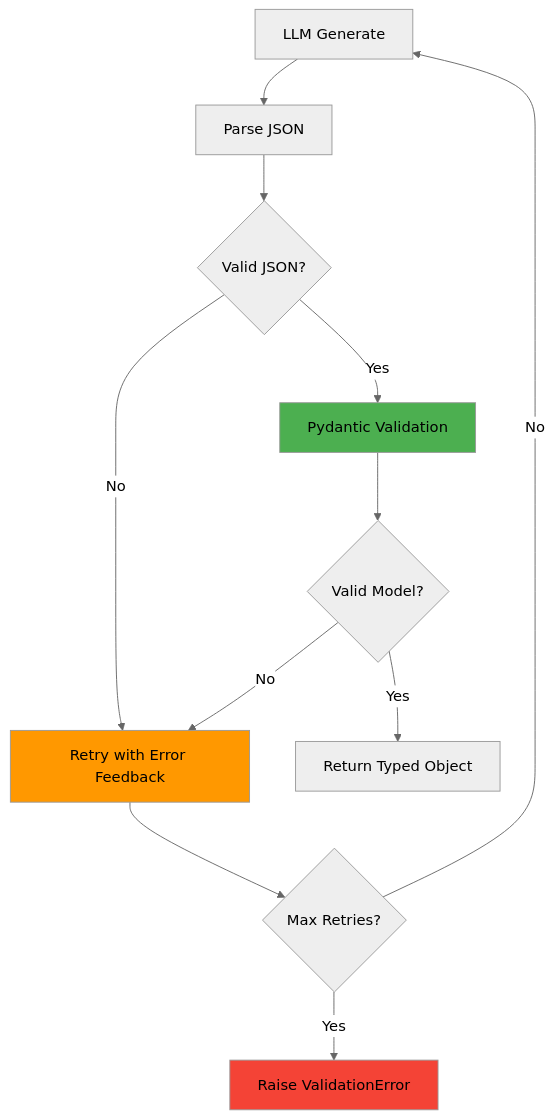
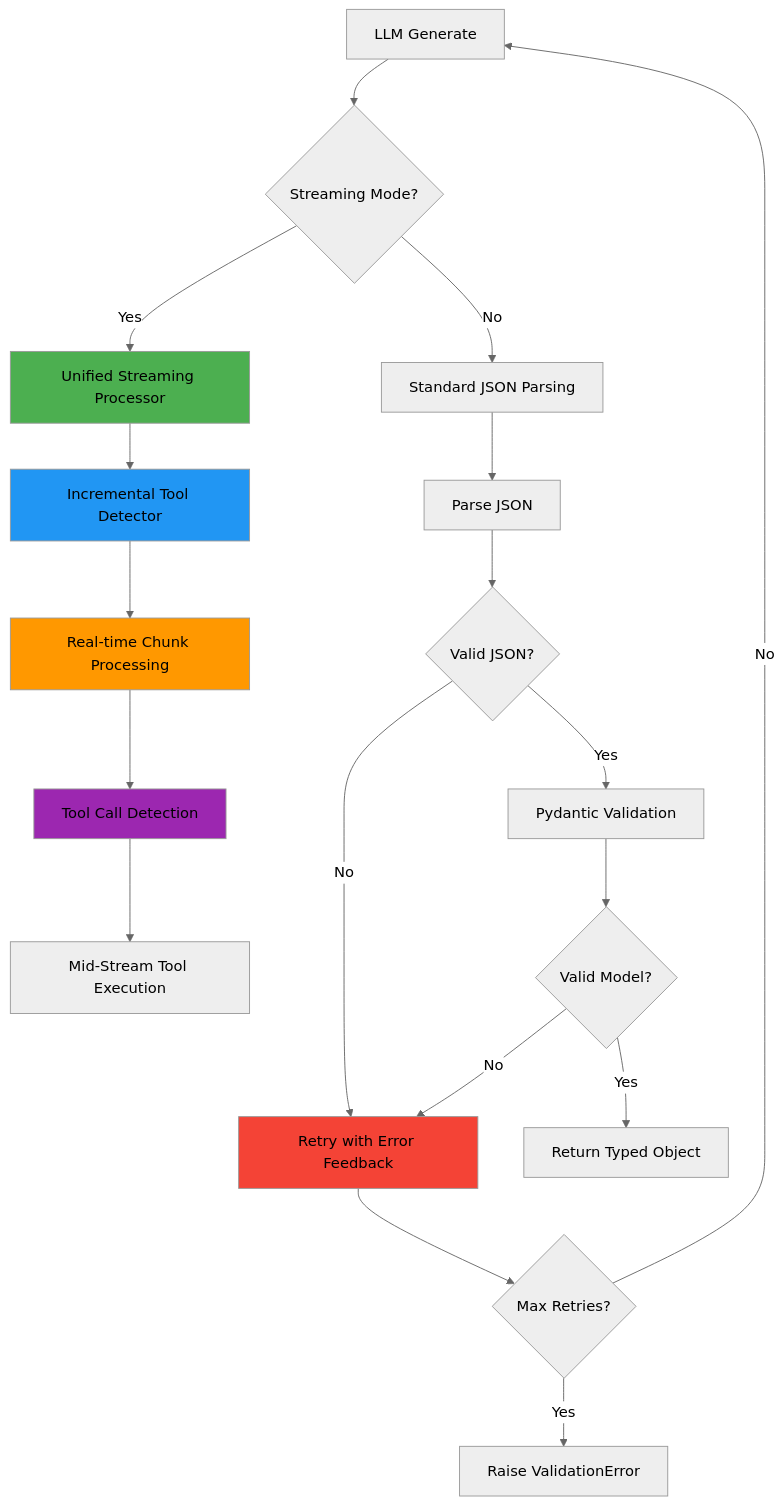
Before and after one commit to lpalbou/AbstractCore: the eighth of 10 diagrams in docs/architecture.md, drawn with Mermaid (neutral theme). The commit also changed other lines of this file and 43 other files, not shown here.

First line of the commit message:
Fix streaming tool tag rewriting and enhance provider capabilities

````diff
--- a/docs/architecture.md
+++ b/docs/architecture.md
@@ -325,18 +325,30 @@
 ```mermaid
 graph TD
-    A[LLM Generate] --> B[Parse JSON]
-    B --> C{Valid JSON?}
-    C -->|No| D[Retry with Error Feedback]
-    C -->|Yes| E[Pydantic Validation]
-    E --> F{Valid Model?}
-    F -->|No| D
-    F -->|Yes| G[Return Typed Object]
+    A[LLM Generate] --> B{Streaming Mode?}
+    B -->|Yes| C[Unified Streaming Processor]
+    B -->|No| D[Standard JSON Parsing]
 
-    D --> H{Max Retries?}
-    H -->|No| A
-    H -->|Yes| I[Raise ValidationError]
+    C --> E[Incremental Tool Detector]
+    E --> F[Real-time Chunk Processing]
+    F --> G[Tool Call Detection]
+    G --> H[Mid-Stream Tool Execution]
 
-    style E fill:#4caf50
-    style D fill:#ff9800
-    style I fill:#f44336
+    D --> I[Parse JSON]
+    I --> J{Valid JSON?}
+    J -->|No| K[Retry with Error Feedback]
+    J -->|Yes| L[Pydantic Validation]
+
+    L --> M{Valid Model?}
+    M -->|No| K
+    M -->|Yes| N[Return Typed Object]
+
+    K --> O{Max Retries?}
+    O -->|No| A
+    O -->|Yes| P[Raise ValidationError]
+
+    style C fill:#4caf50
+    style E fill:#2196f3
+    style F fill:#ff9800
+    style G fill:#9c27b0
+    style K fill:#f44336
 ```
````
